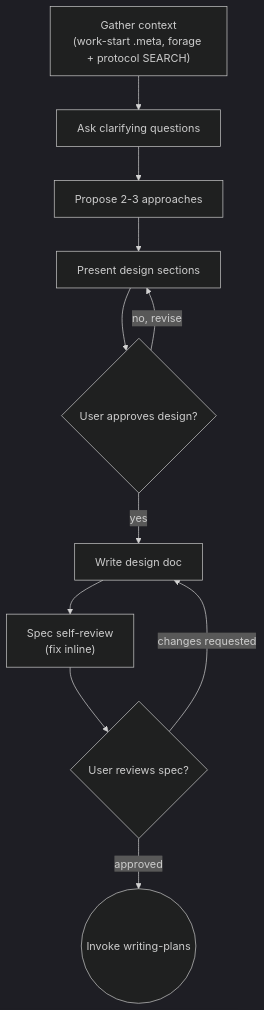
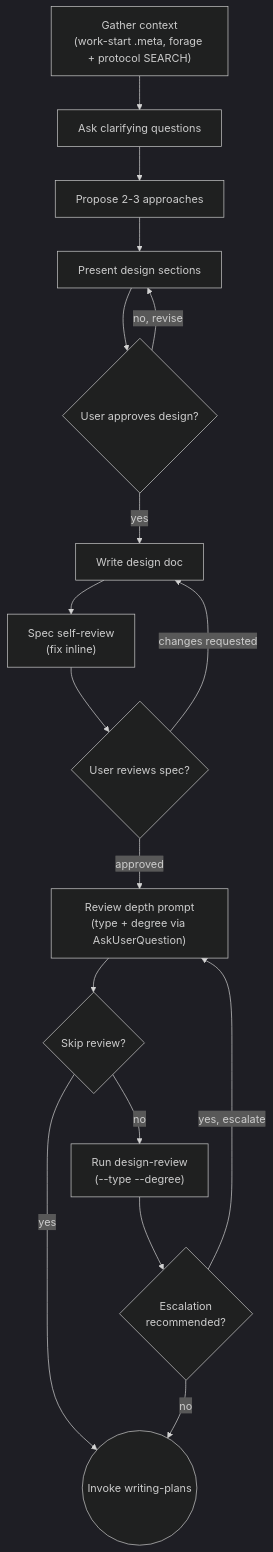
Before and after one commit to Hortora/soredium: the diagram in brainstorming/SKILL.md, drawn with Mermaid (dark theme). The commit also changed other lines of this file and 3 other files, not shown here.

````diff
--- a/brainstorming/SKILL.md
+++ b/brainstorming/SKILL.md
@@ -59,23 +59,33 @@
 ```mermaid
 flowchart TD
     CONTEXT["Gather context\n(work-start .meta, forage + protocol SEARCH)"]
     QUESTIONS["Ask clarifying questions"]
     APPROACHES["Propose 2-3 approaches"]
     DESIGN["Present design sections"]
     APPROVE{"User approves design?"}
     WRITE["Write design doc"]
     REVIEW["Spec self-review\n(fix inline)"]
     USER{"User reviews spec?"}
+    DEPTH["Review depth prompt\n(type + degree via AskUserQuestion)"]
+    SKIP{"Skip review?"}
+    DESIGNREVIEW["Run design-review\n(--type --degree)"]
+    ESCALATE{"Escalation\nrecommended?"}
     PLANS(("Invoke writing-plans"))
 
     CONTEXT --> QUESTIONS
     QUESTIONS --> APPROACHES
     APPROACHES --> DESIGN
     DESIGN --> APPROVE
     APPROVE -->|"no, revise"| DESIGN
     APPROVE -->|"yes"| WRITE
     WRITE --> REVIEW
     REVIEW --> USER
     USER -->|"changes requested"| WRITE
-    USER -->|"approved"| PLANS
+    USER -->|"approved"| DEPTH
+    DEPTH --> SKIP
+    SKIP -->|"yes"| PLANS
+    SKIP -->|"no"| DESIGNREVIEW
+    DESIGNREVIEW --> ESCALATE
+    ESCALATE -->|"yes, escalate"| DEPTH
+    ESCALATE -->|"no"| PLANS
 ```
````
